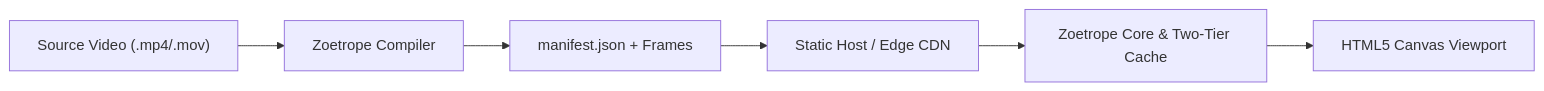
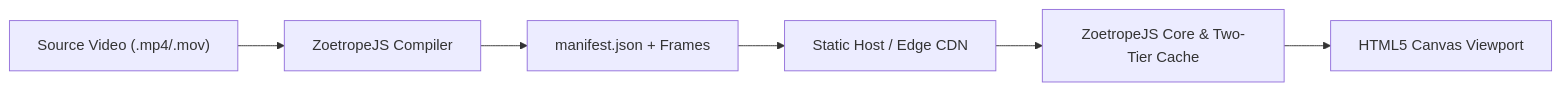
The diagram in README.md (FairyTail-100/Zoetrope), drawn with Mermaid before and after one commit. The commit also changed other lines of this file and 41 other files, not shown here.

````diff
--- a/README.md
+++ b/README.md
@@ -44,8 +44,8 @@
 ```mermaid
 flowchart LR
-  V["Source Video (.mp4/.mov)"] --> C["Zoetrope Compiler"]
+  V["Source Video (.mp4/.mov)"] --> C["ZoetropeJS Compiler"]
   C --> M["manifest.json + Frames"]
   M --> CDN["Static Host / Edge CDN"]
-  CDN --> E["Zoetrope Core & Two-Tier Cache"]
+  CDN --> E["ZoetropeJS Core & Two-Tier Cache"]
   E --> CV["HTML5 Canvas Viewport"]
 ```
````
